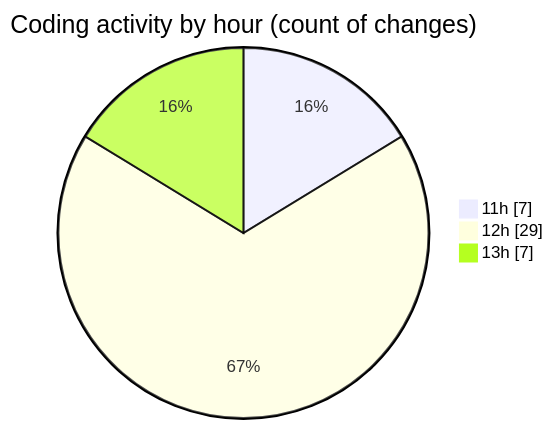
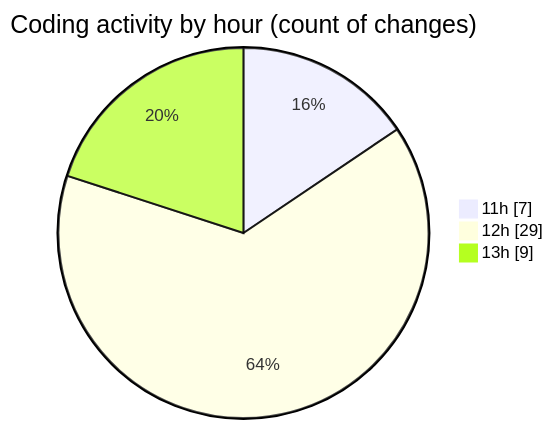
One commit to LanceThiago/code-tracking changed the second of 2 diagrams in 2025-01-08/nueva_carpeta/README.md. Above: the diagram before and after it, drawn with Mermaid. The commit also changed other lines of this file and 1 other file, not shown here.

````diff
--- a/2025-01-08/nueva_carpeta/README.md
+++ b/2025-01-08/nueva_carpeta/README.md
@@ -28,7 +28,7 @@
 ```mermaid
 pie showData
 title Coding activity by hour (count of changes)
 "11h" : 7
 "12h" : 29
-"13h" : 7
+"13h" : 9
 ```
````
